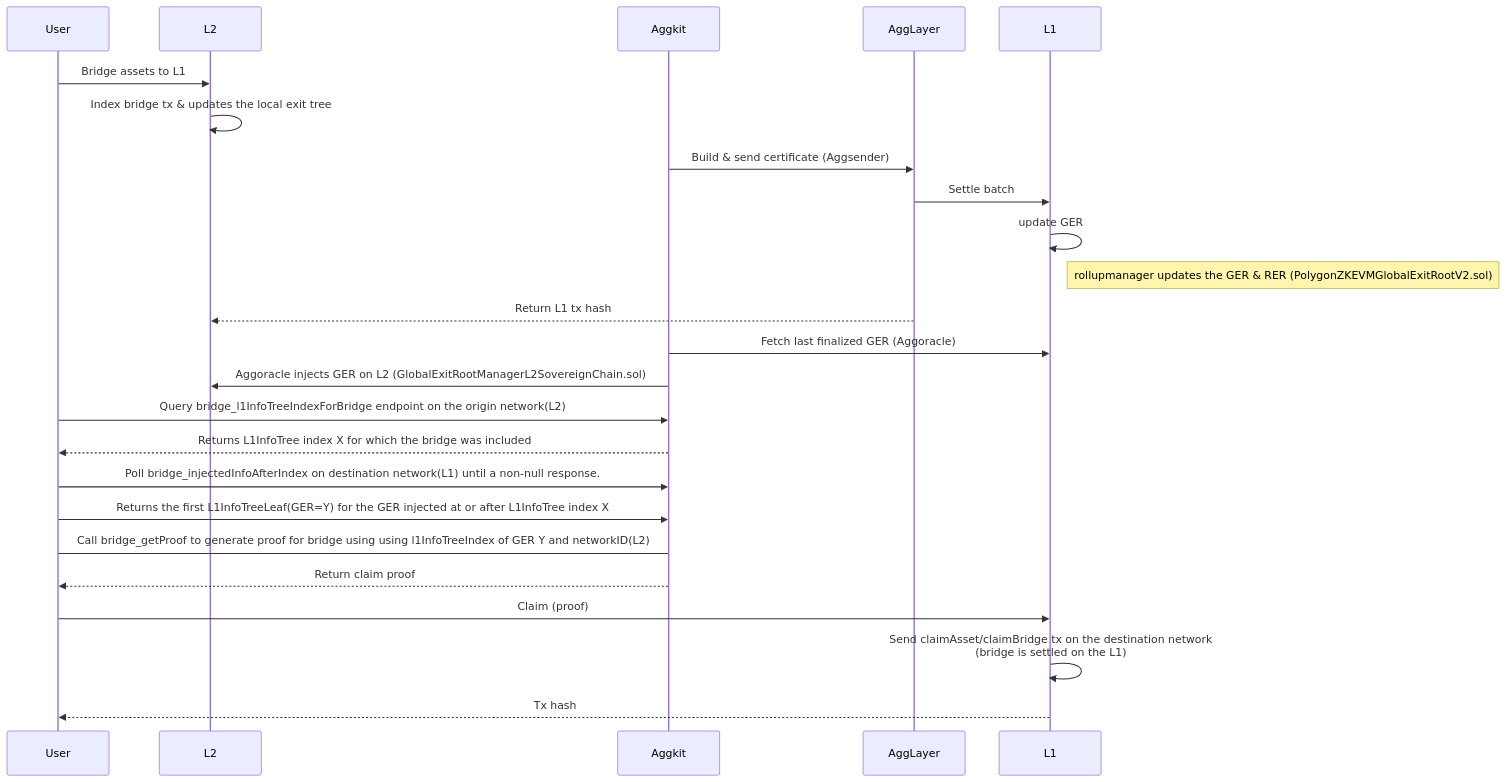
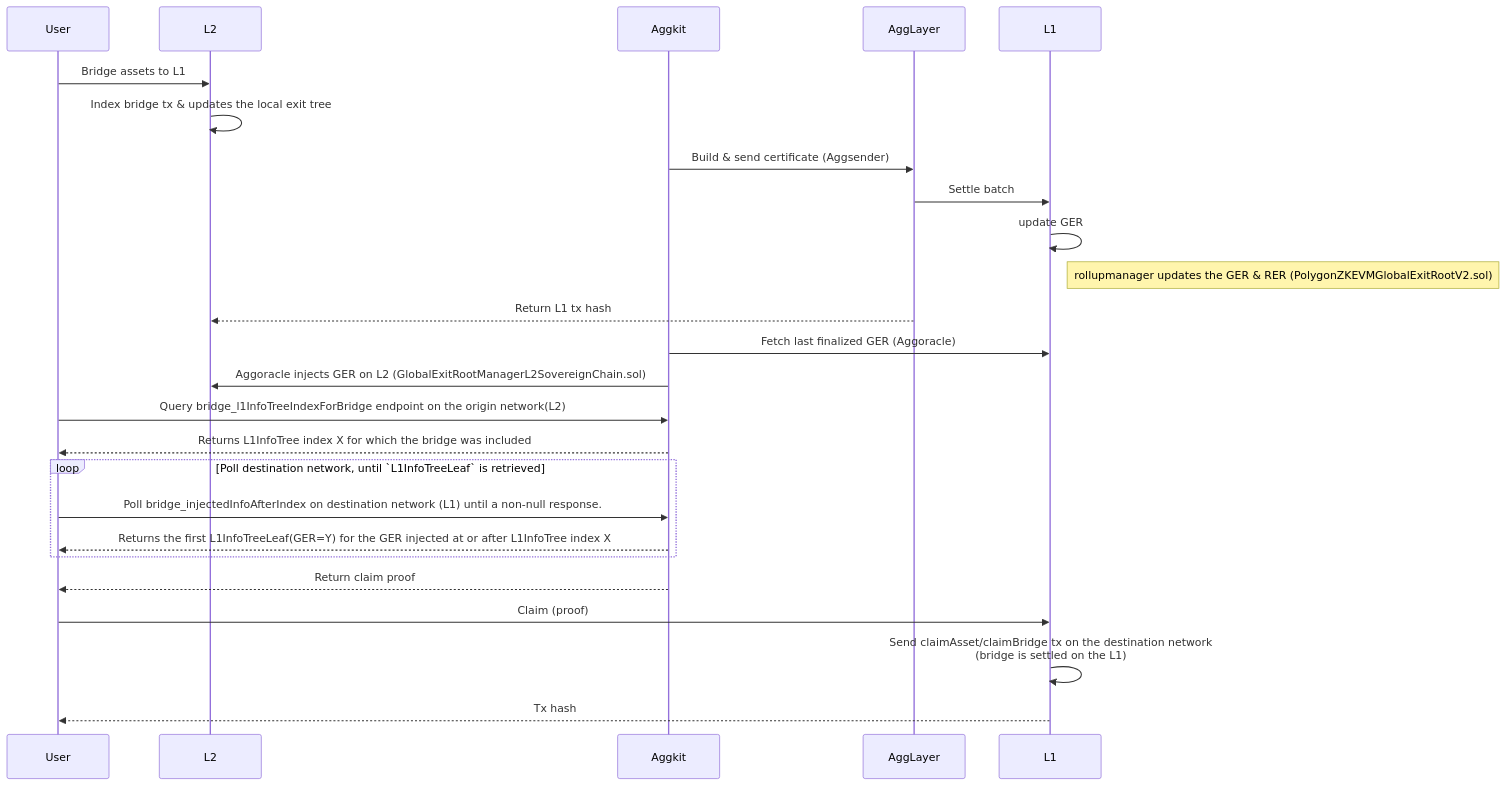
One commit to agglayer/aggkit changed the third of 5 diagrams in docs/bridge_service.md. Above: the diagram before and after it, drawn with Mermaid. The commit also changed other lines of this file, not shown here.

````diff
--- a/docs/bridge_service.md
+++ b/docs/bridge_service.md
@@ -89,28 +93,30 @@
 ```mermaid
 sequenceDiagram
     participant User
     participant L2
     participant Aggkit
     participant AggLayer
     participant L1
 
     User->>L2: Bridge assets to L1
     L2->>L2: Index bridge tx & updates the local exit tree
     Aggkit->>AggLayer: Build & send certificate (Aggsender)
     AggLayer->>L1: Settle batch
     L1->>L1: update GER
     Note right of L1: rollupmanager updates the GER & RER (PolygonZKEVMGlobalExitRootV2.sol)
     AggLayer-->>L2: Return L1 tx hash
     Aggkit->>L1: Fetch last finalized GER (Aggoracle)
     Aggkit->>L2: Aggoracle injects GER on L2 (GlobalExitRootManagerL2SovereignChain.sol)
 
     User->>Aggkit: Query bridge_l1InfoTreeIndexForBridge endpoint on the origin network(L2)
     Aggkit-->>User: Returns L1InfoTree index X for which the bridge was included 
-    User->>Aggkit: Poll bridge_injectedInfoAfterIndex on destination network(L1) until a non-null response.
-    User->>Aggkit: Returns the first L1InfoTreeLeaf(GER=Y) for the GER injected at or after L1InfoTree index X
-    User->Aggkit: Call bridge_getProof to generate proof for bridge using using l1InfoTreeIndex of GER Y and networkID(L2)
+    loop Poll destination network, until `L1InfoTreeLeaf` is retrieved
+      User->>Aggkit: Poll bridge_injectedInfoAfterIndex on destination network (L1) until a non-null response.
+      Aggkit-->>User: Returns the first L1InfoTreeLeaf(GER=Y) for the GER injected at or after L1InfoTree index X
+    end
+
     Aggkit-->>User: Return claim proof
     User->>L1: Claim (proof)
     L1->>L1: Send claimAsset/claimBridge tx on the destination network<br/>(bridge is settled on the L1)
     L1-->>User: Tx hash
 ```
````
